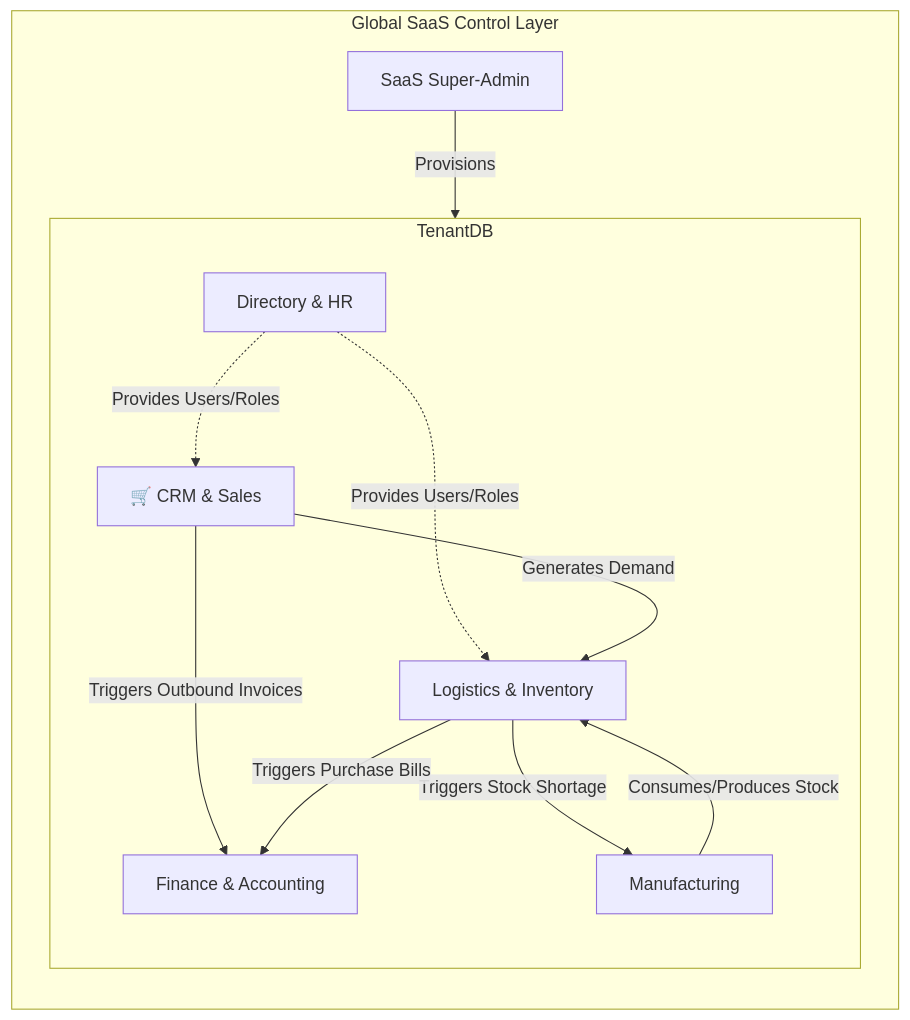
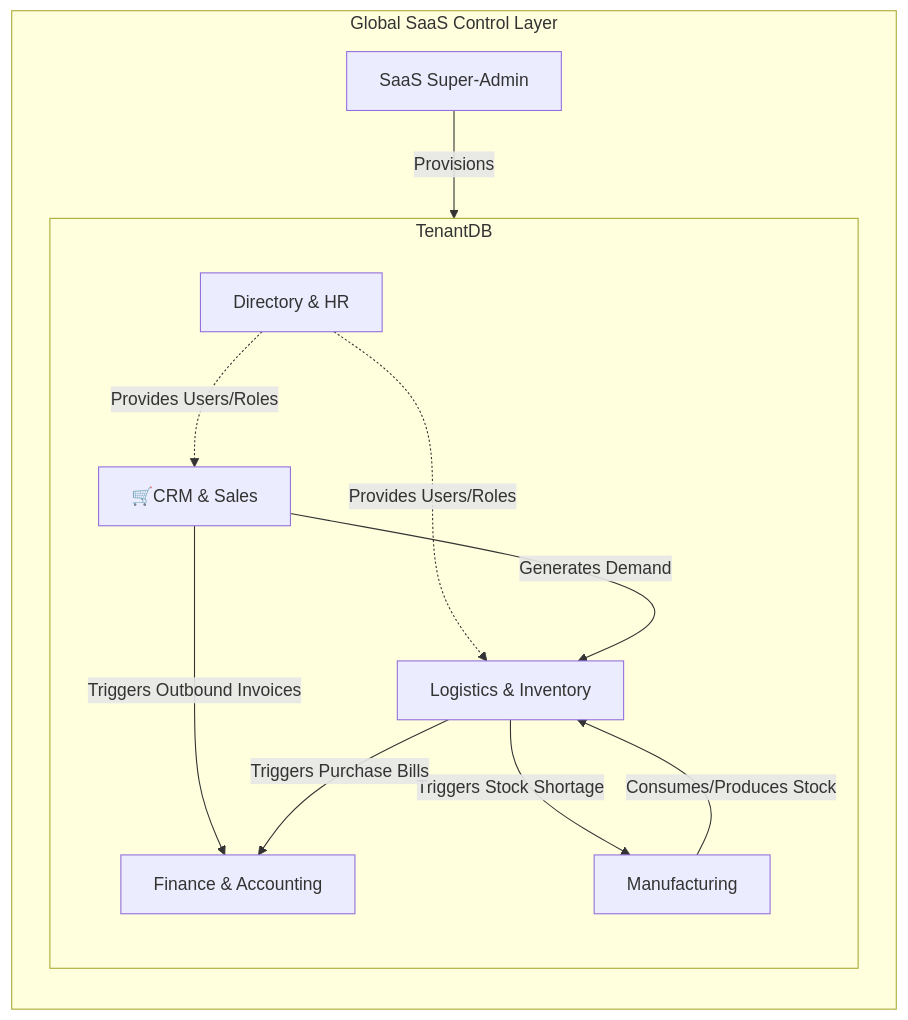
One commit to amirhosseinse7/NexusERP changed the first of 3 diagrams in docs/SYSTEM_MAP.md. Above: the diagram before and after it, drawn with Mermaid. The commit also changed other lines of this file and 1 other file, not shown here.

````diff
--- a/docs/SYSTEM_MAP.md
+++ b/docs/SYSTEM_MAP.md
@@ -8,32 +8,32 @@
 ```mermaid
 flowchart TD
     classDef systemTask stroke-width:2px,stroke-dasharray: 5 5;
 
     subgraph SaaS ["Global SaaS Control Layer"]
         direction TB
         SuperAdmin[SaaS Super-Admin] -->|Provisions| TenantDB[(Isolated Tenant Workspace)]:::saas
     end
 
     subgraph TenantDB
         direction TB
         
         %% Core Modules
-        CRM[🛒 CRM & Sales]:::module
+        CRM[🛒CRM & Sales]:::module
         Logistics[Logistics & Inventory]:::module
         MRP[Manufacturing]:::module
         HR[Directory & HR]:::module
         Finance[Finance & Accounting]:::finance
 
         %% Relationships
         HR -.->|Provides Users/Roles| CRM
         HR -.->|Provides Users/Roles| Logistics
         
         CRM -->|Generates Demand| Logistics
         CRM -->|Triggers Outbound Invoices| Finance
         
         Logistics -->|Triggers Stock Shortage| MRP
         Logistics -->|Triggers Purchase Bills| Finance
         
         MRP -->|Consumes/Produces Stock| Logistics
     end
 ```
````
